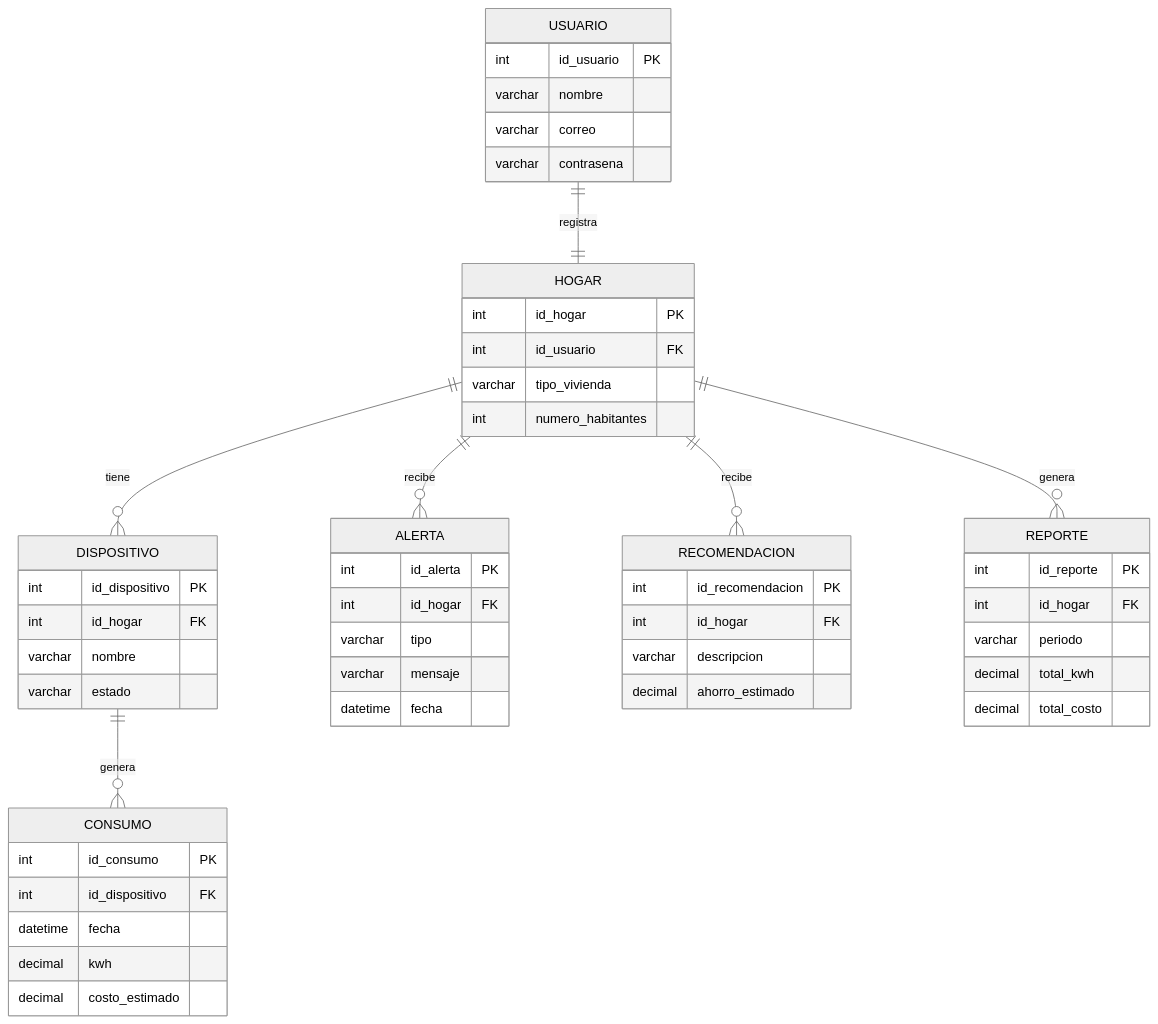
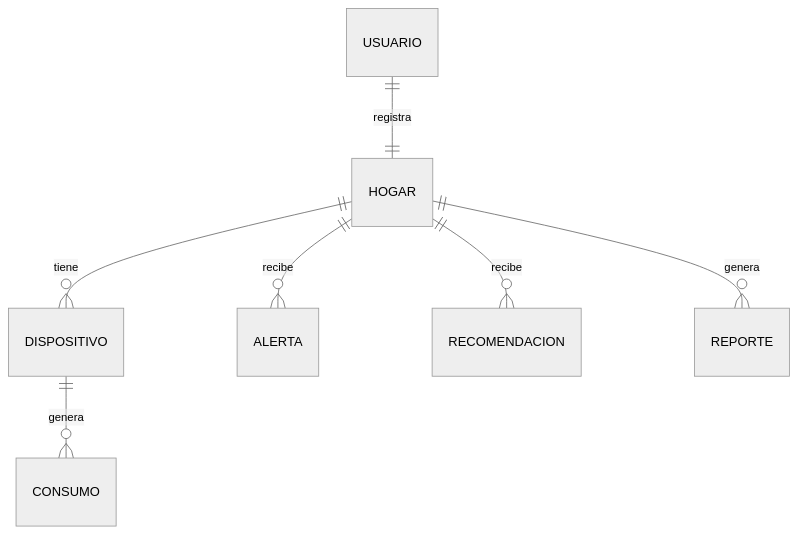
Before and after one commit to Jpesjp/SolIntel_SistemasOperativos_G8: the second of 2 diagrams in README.md, drawn with Mermaid (neutral theme). The commit also changed other lines of this file, not shown here.

````diff
--- a/README.md
+++ b/README.md
@@ -1001,55 +109,9 @@
 ```mermaid
 erDiagram
     USUARIO ||--|| HOGAR : registra
     HOGAR ||--o{ DISPOSITIVO : tiene
     DISPOSITIVO ||--o{ CONSUMO : genera
     HOGAR ||--o{ ALERTA : recibe
     HOGAR ||--o{ RECOMENDACION : recibe
     HOGAR ||--o{ REPORTE : genera
-
-    USUARIO {
-        int id_usuario PK
-        varchar nombre
-        varchar correo
-        varchar contrasena
-    }
-    HOGAR {
-        int id_hogar PK
-        int id_usuario FK
-        varchar tipo_vivienda
-        int numero_habitantes
-    }
-    DISPOSITIVO {
-        int id_dispositivo PK
-        int id_hogar FK
-        varchar nombre
-        varchar estado
-    }
-    CONSUMO {
-        int id_consumo PK
-        int id_dispositivo FK
-        datetime fecha
-        decimal kwh
-        decimal costo_estimado
-    }
-    ALERTA {
-        int id_alerta PK
-        int id_hogar FK
-        varchar tipo
-        varchar mensaje
-        datetime fecha
-    }
-    RECOMENDACION {
-        int id_recomendacion PK
-        int id_hogar FK
-        varchar descripcion
-        decimal ahorro_estimado
-    }
-    REPORTE {
-        int id_reporte PK
-        int id_hogar FK
-        varchar periodo
-        decimal total_kwh
-        decimal total_costo
-    }
 ```
````
